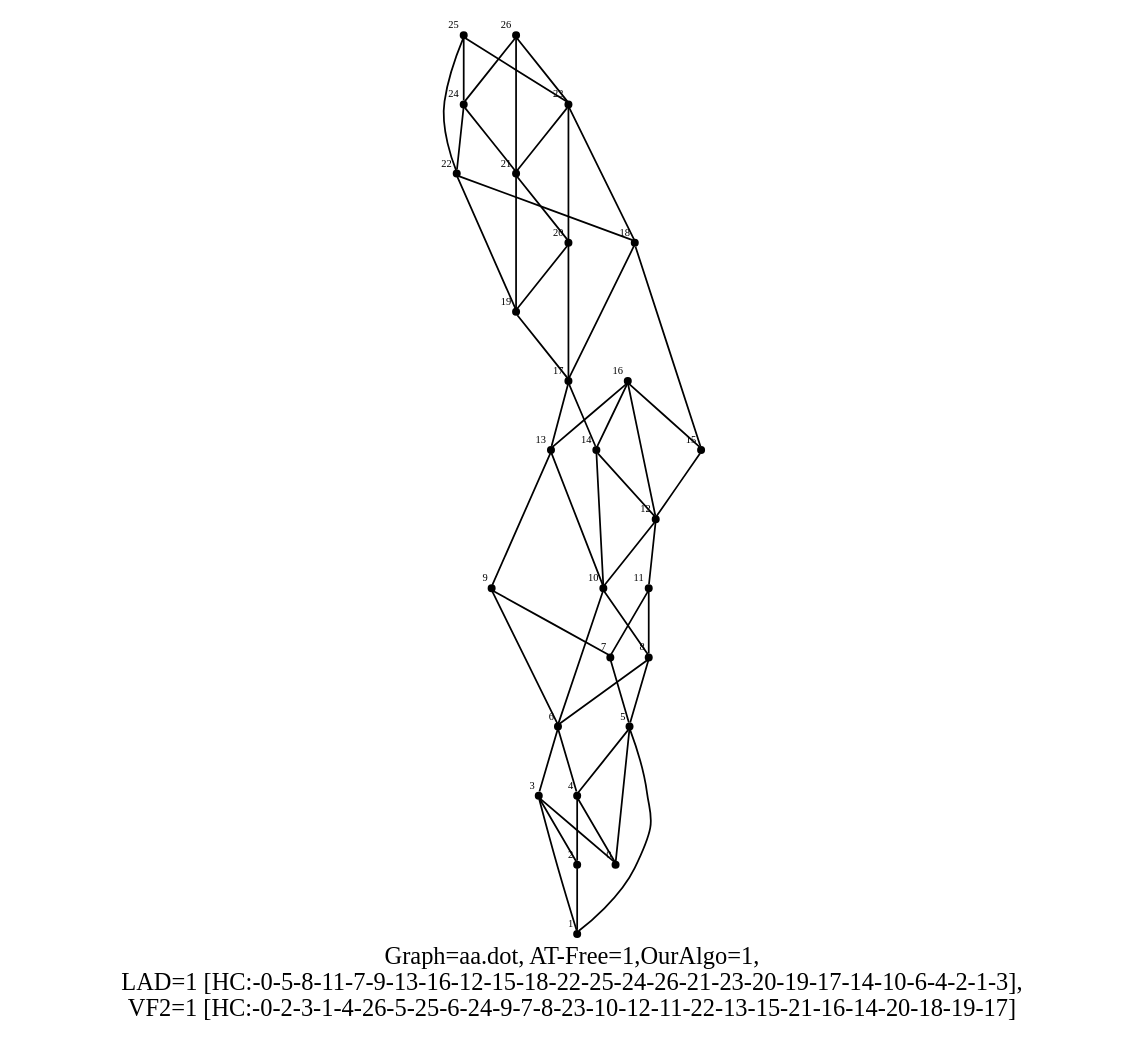
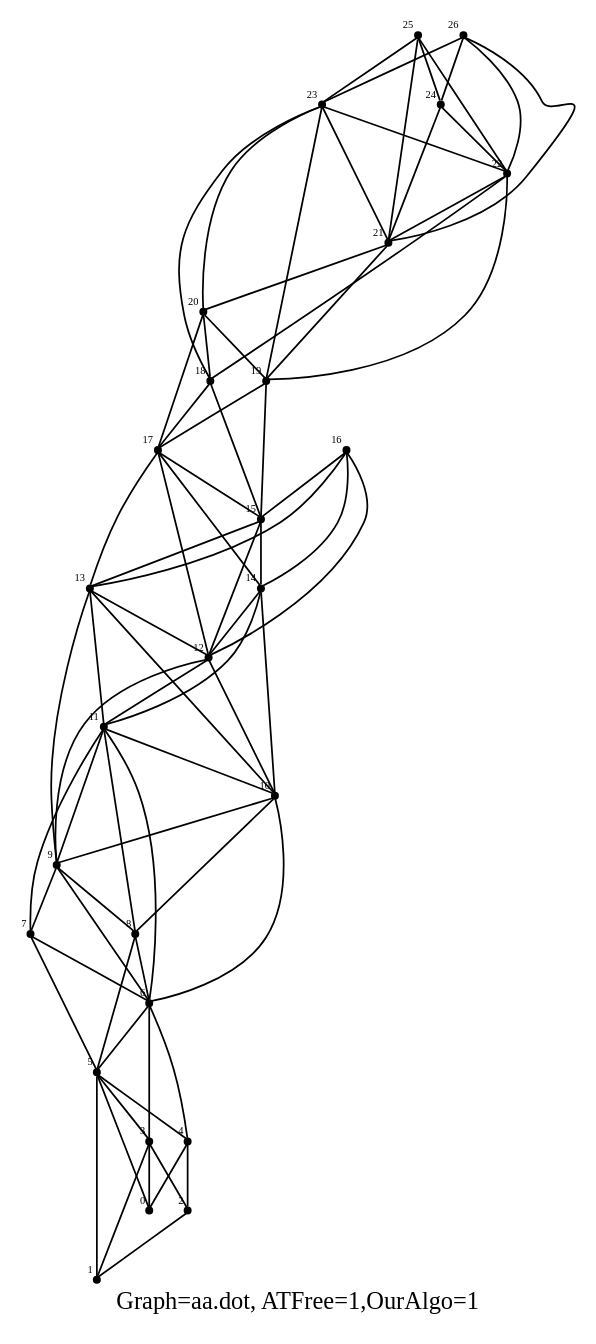
Before and after one commit to sksamal/igraph: the diagram in examples/simple/hat-aa.dot, drawn with Graphviz. The commit also changed 6 other files, not shown here.

```diff
--- a/examples/simple/hat-aa.dot
+++ b/examples/simple/hat-aa.dot
@@ -1,167 +1,167 @@
 /* Created by igraph 0.8.0-pre+0200568 */
 graph {
   graph [
-    label="Graph=aa.dot, AT-Free=1,OurAlgo=1,\nLAD=1 [HC:-0-5-8-11-7-9-13-16-12-15-18-22-25-24-26-21-23-20-19-17-14-10-6-4-2-1-3],\nVF2=1 [HC:-0-2-3-1-4-26-5-25-6-24-9-7-8-23-10-12-11-22-13-15-21-16-14-20-18-19-17] "
+    label="Graph=aa.dot, ATFree=1,OurAlgo=1"
     labelloc=bottom
   ];
   0 [
-    pos="0.000000,0.000000!"
+    pos="0.000000,2.000000!"
     shape=point
     fontsize=6
     xlabel=0
   ];
   1 [
-    pos="-0.100000,0.000000!"
+    pos="1.000000,1.000000!"
     shape=point
     fontsize=6
     xlabel=1
   ];
   2 [
-    pos="1.000000,1.000000!"
+    pos="0.900000,2.000000!"
     shape=point
     fontsize=6
     xlabel=2
   ];
   3 [
-    pos="0.900000,2.000000!"
+    pos="1.000000,3.000000!"
     shape=point
     fontsize=6
     xlabel=3
   ];
   4 [
-    pos="1.000000,3.000000!"
+    pos="2.000000,0.000000!"
     shape=point
     fontsize=6
     xlabel=4
   ];
   5 [
-    pos="0.900000,4.000000!"
+    pos="1.900000,1.000000!"
     shape=point
     fontsize=6
     xlabel=5
   ];
   6 [
-    pos="1.000000,5.000000!"
+    pos="2.000000,2.000000!"
     shape=point
     fontsize=6
     xlabel=6
   ];
   7 [
-    pos="0.900000,6.000000!"
+    pos="1.900000,3.000000!"
     shape=point
     fontsize=6
     xlabel=7
   ];
   8 [
-    pos="1.000000,7.000000!"
+    pos="2.000000,4.000000!"
     shape=point
     fontsize=6
     xlabel=8
   ];
   9 [
-    pos="0.900000,8.000000!"
+    pos="3.000000,1.000000!"
     shape=point
     fontsize=6
     xlabel=9
   ];
   10 [
-    pos="2.000000,9.000000!"
+    pos="2.900000,2.000000!"
     shape=point
     fontsize=6
     xlabel=10
   ];
   11 [
-    pos="1.900000,10.000000!"
+    pos="3.000000,3.000000!"
     shape=point
     fontsize=6
     xlabel=11
   ];
   12 [
-    pos="2.000000,11.000000!"
+    pos="4.000000,1.000000!"
     shape=point
     fontsize=6
     xlabel=12
   ];
   13 [
-    pos="1.900000,12.000000!"
+    pos="3.900000,2.000000!"
     shape=point
     fontsize=6
     xlabel=13
   ];
   14 [
-    pos="2.000000,13.000000!"
+    pos="4.000000,3.000000!"
     shape=point
     fontsize=6
     xlabel=14
   ];
   15 [
-    pos="1.900000,14.000000!"
+    pos="5.000000,1.000000!"
     shape=point
     fontsize=6
     xlabel=15
   ];
   16 [
-    pos="2.000000,15.000000!"
+    pos="4.900000,2.000000!"
     shape=point
     fontsize=6
     xlabel=16
   ];
   17 [
-    pos="1.900000,16.000000!"
+    pos="5.000000,3.000000!"
     shape=point
     fontsize=6
     xlabel=17
   ];
   18 [
-    pos="3.000000,17.000000!"
+    pos="6.000000,1.000000!"
     shape=point
     fontsize=6
     xlabel=18
   ];
   19 [
-    pos="2.900000,18.000000!"
+    pos="5.900000,2.000000!"
     shape=point
     fontsize=6
     xlabel=19
   ];
   20 [
-    pos="3.000000,19.000000!"
+    pos="6.000000,3.000000!"
     shape=point
     fontsize=6
     xlabel=20
   ];
   21 [
-    pos="4.000000,20.000000!"
+    pos="7.000000,1.000000!"
     shape=point
     fontsize=6
     xlabel=21
   ];
   22 [
-    pos="3.900000,21.000000!"
+    pos="6.900000,2.000000!"
     shape=point
     fontsize=6
     xlabel=22
   ];
   23 [
-    pos="4.000000,22.000000!"
+    pos="7.000000,3.000000!"
     shape=point
     fontsize=6
     xlabel=23
   ];
   24 [
-    pos="5.000000,23.000000!"
+    pos="1.000000,3.000000!"
     shape=point
     fontsize=6
     xlabel=24
   ];
   25 [
-    pos="4.900000,24.000000!"
+    pos="1.900000,1.000000!"
     shape=point
     fontsize=6
     xlabel=25
   ];
   26 [
-    pos="5.000000,25.000000!"
+    pos="0.000000,2.000000!"
     shape=point
     fontsize=6
     xlabel=26
@@ -220,4 +220,27 @@
   26 -- 23;
   25 -- 24;
   26 -- 24;
+  7 -- 6;
+  6 -- 5;
+  5 -- 3;
+  14 -- 11;
+  13 -- 11;
+  12 -- 9;
+  10 -- 9;
+  9 -- 8;
+  17 -- 12;
+  11 -- 10;
+  11 -- 6;
+  11 -- 9;
+  13 -- 12;
+  17 -- 15;
+  20 -- 18;
+  15 -- 14;
+  15 -- 13;
+  23 -- 19;
+  25 -- 21;
+  19 -- 15;
+  23 -- 22;
+  26 -- 22;
+  22 -- 21;
 }
```
